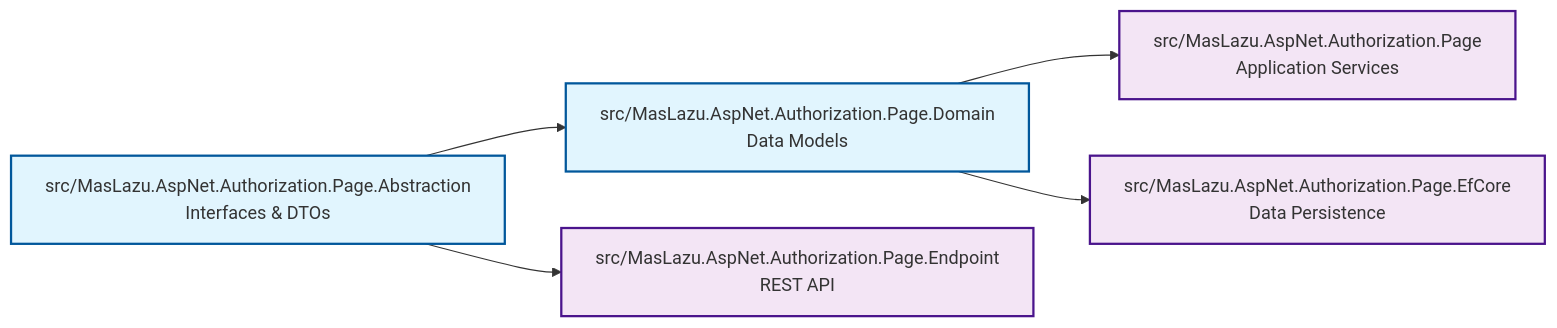
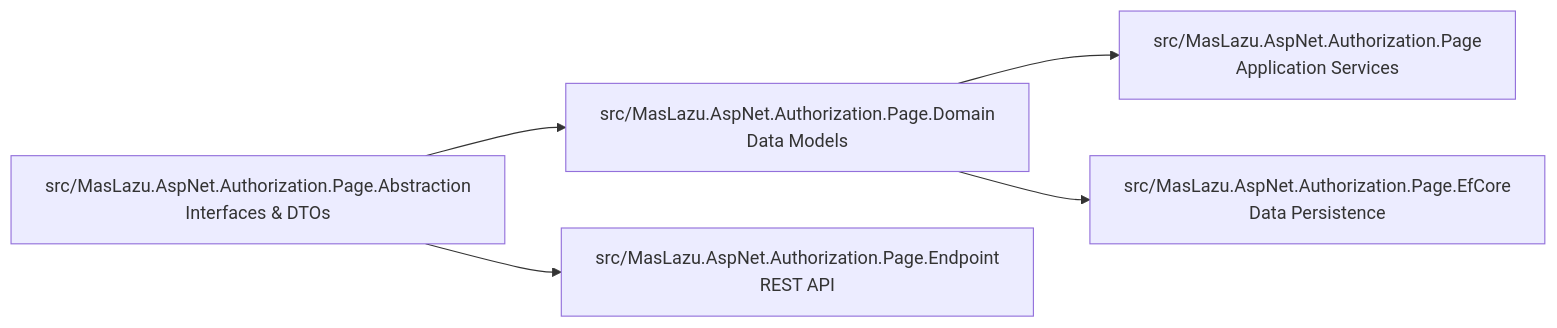
The diagram in README.md (MasLazu/MasLazu.AspNet.Authorization.Page), drawn with Mermaid before and after one commit.

Commit message:
refactor: Simplify architecture diagram in README by removing styling comments

````diff
--- a/README.md
+++ b/README.md
@@ -9,15 +9,10 @@
 ```mermaid
 graph LR
-    %% Core (Most Stable to Least Stable)
     A[src/MasLazu.AspNet.Authorization.Page.Abstraction<br/>Interfaces & DTOs] --> B[src/MasLazu.AspNet.Authorization.Page.Domain<br/>Data Models]
     B --> C[src/MasLazu.AspNet.Authorization.Page<br/>Application Services]
     B --> D[src/MasLazu.AspNet.Authorization.Page.EfCore<br/>Data Persistence]
     A --> E[src/MasLazu.AspNet.Authorization.Page.Endpoint<br/>REST API]
 
-    %% Styling
-    classDef core fill:#e1f5fe,stroke:#01579b,stroke-width:2px
-    classDef adapter fill:#f3e5f5,stroke:#4a148c,stroke-width:2px
-
     class A,B core
     class C,D,E adapter
 ```
````
